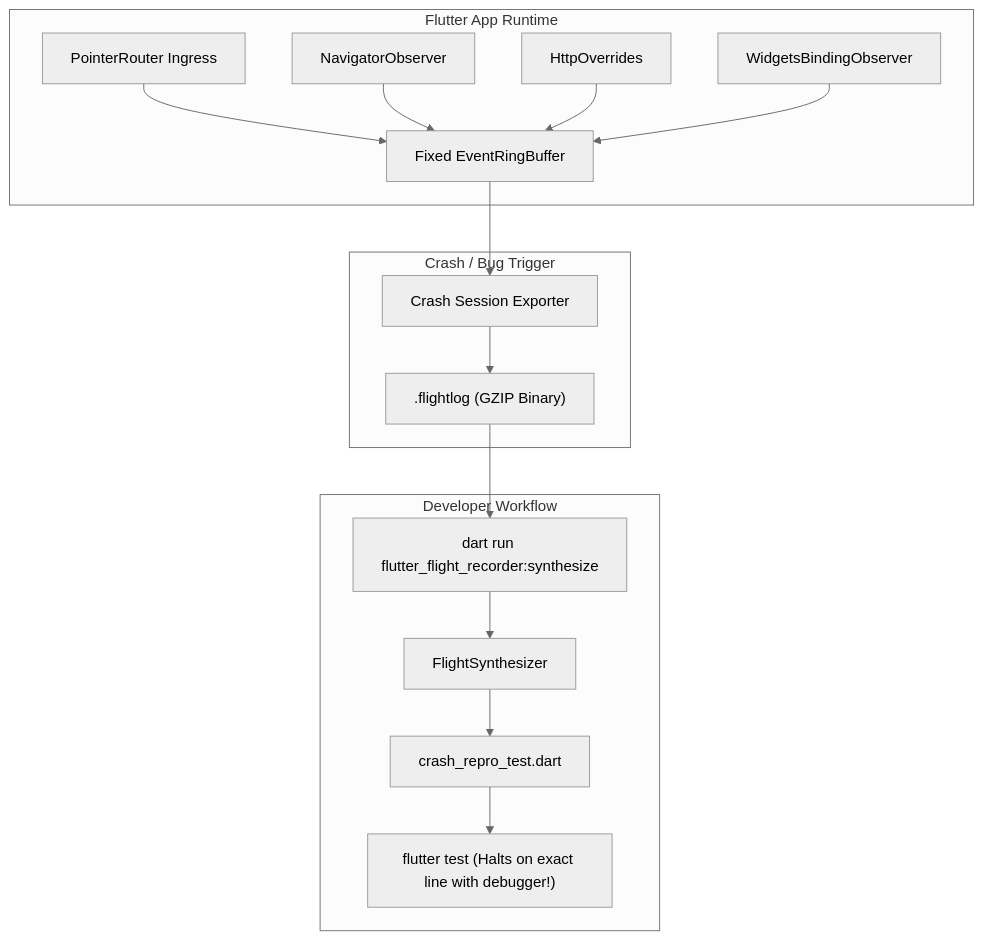
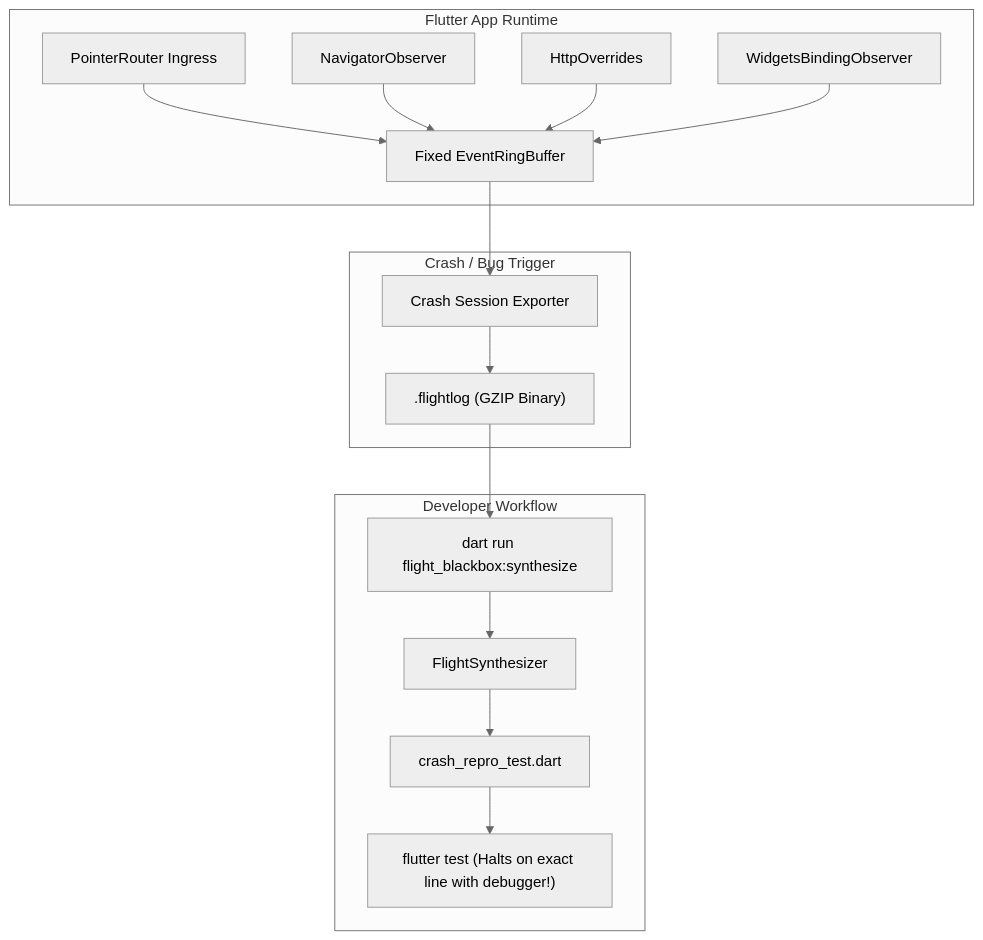
One commit to syntax-error002/flight_recorder changed the diagram in README.md. Above: the diagram before and after it, drawn with Mermaid (neutral theme). The commit also changed other lines of this file and 19 other files, not shown here.

Commit message:
feat: rename package to flight_blackbox for pub.dev availability

````diff
--- a/README.md
+++ b/README.md
@@ -43,21 +43,21 @@
 ```mermaid
 flowchart TD
     subgraph Flutter App Runtime
         P[PointerRouter Ingress] --> RB[Fixed EventRingBuffer]
         N[NavigatorObserver] --> RB
         H[HttpOverrides] --> RB
         L[WidgetsBindingObserver] --> RB
     end
 
     subgraph Crash / Bug Trigger
         RB --> Dump[Crash Session Exporter]
         Dump --> Log[".flightlog (GZIP Binary)"]
     end
 
     subgraph Developer Workflow
-        Log --> CLI["dart run flutter_flight_recorder:synthesize"]
+        Log --> CLI["dart run flight_blackbox:synthesize"]
         CLI --> Synthesizer[FlightSynthesizer]
         Synthesizer --> DartTest["crash_repro_test.dart"]
         DartTest --> Replay["flutter test (Halts on exact line with debugger!)"]
     end
 ```
````
